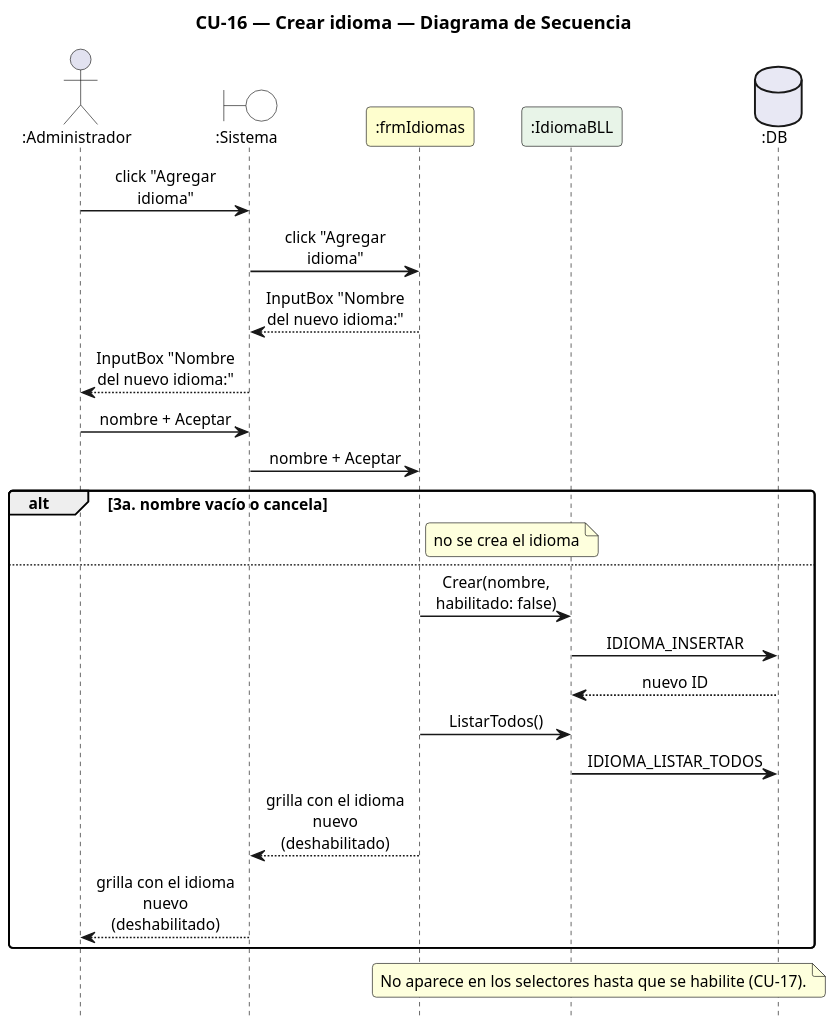
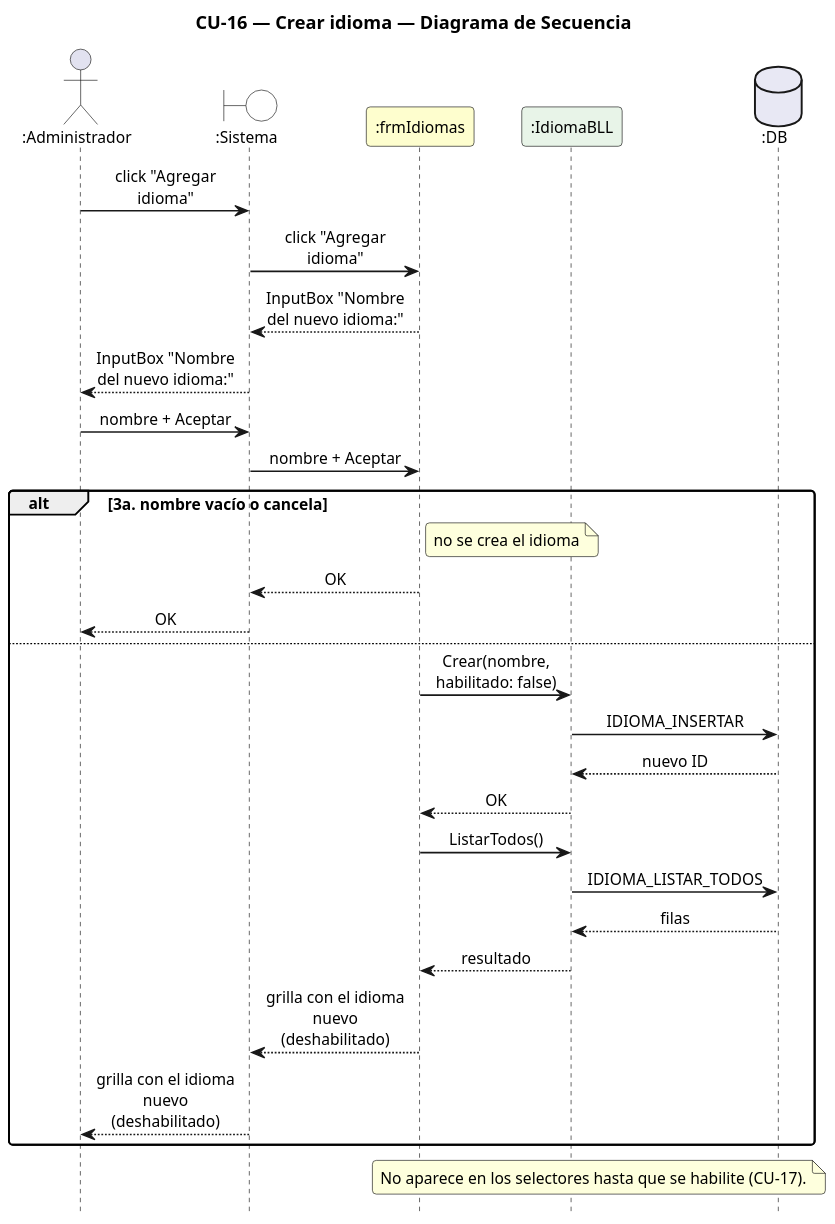
One commit to Urrels/ingenieria_software changed the diagram in DIAGRAMAS/DiagramaSecuencia_CU16_CrearIdioma.puml. Above: the diagram before and after it, drawn with PlantUML. The commit also changed 104 other files, not shown here.

First line of the commit message:
Instalador en un clic, retornos en los diagramas y CU separados en alta/baja/modificación

```diff
--- a/DIAGRAMAS/DiagramaSecuencia_CU16_CrearIdioma.puml
+++ b/DIAGRAMAS/DiagramaSecuencia_CU16_CrearIdioma.puml
@@ -1,41 +1,46 @@
 @startuml DiagramaSecuencia_CU16_CrearIdioma
 
 title CU-16 — Crear idioma — Diagrama de Secuencia
 
 skinparam shadowing false
 skinparam roundcorner 6
 skinparam sequenceArrowThickness 1.2
 skinparam ParticipantPadding 6
 skinparam BoxPadding 4
 skinparam maxMessageSize 115
 skinparam sequenceMessageAlign center
 skinparam defaultFontSize 12
 skinparam dpi 140
 hide footbox
 
 actor ":Administrador" as A
 boundary ":Sistema" as SYS #FFFFFF
 participant ":frmIdiomas" as F #FEFECE
 participant ":IdiomaBLL" as IB #E8F4E8
 database ":DB" as DB #E8E8F4
 
 A -> SYS : click "Agregar idioma"
 SYS -> F : click "Agregar idioma"
 F --> SYS : InputBox "Nombre del nuevo idioma:"
 SYS --> A : InputBox "Nombre del nuevo idioma:"
 A -> SYS : nombre + Aceptar
 SYS -> F : nombre + Aceptar
 alt 3a. nombre vacío o cancela
   note right of F : no se crea el idioma
+F --> SYS : OK
+SYS --> A : OK
 else
   F -> IB : Crear(nombre, habilitado: false)
   IB -> DB : IDIOMA_INSERTAR
   DB --> IB : nuevo ID
+  IB --> F : OK
   F -> IB : ListarTodos()
   IB -> DB : IDIOMA_LISTAR_TODOS
+  DB --> IB : filas
+  IB --> F : resultado
   F --> SYS : grilla con el idioma nuevo (deshabilitado)
   SYS --> A : grilla con el idioma nuevo (deshabilitado)
 end
 note over F, DB : No aparece en los selectores hasta que se habilite (CU-17).
 
 @enduml
```
